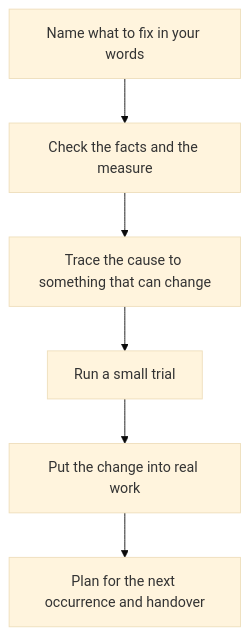
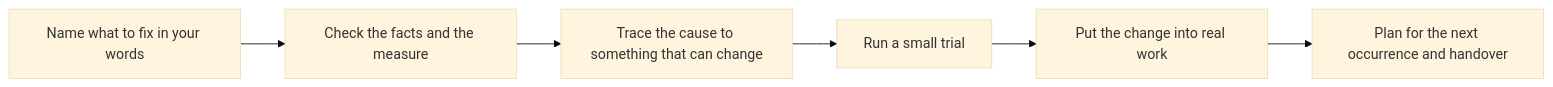
Before and after one commit to lucyleeai/stop-firefighting: the diagram in README.md, drawn with Mermaid (base theme).

Commit message:
README: horizontal flow diagram so all six steps show

````diff
--- a/README.md
+++ b/README.md
@@ -32,3 +32,3 @@
 ```mermaid
-flowchart TD; A[Name what to fix in your words] --> B[Check the facts and the measure] --> C[Trace the cause to something that can change] --> D[Run a small trial] --> E[Put the change into real work] --> F[Plan for the next occurrence and handover]
+flowchart LR; A[Name what to fix in your words] --> B[Check the facts and the measure] --> C[Trace the cause to something that can change] --> D[Run a small trial] --> E[Put the change into real work] --> F[Plan for the next occurrence and handover]
 ```
````
